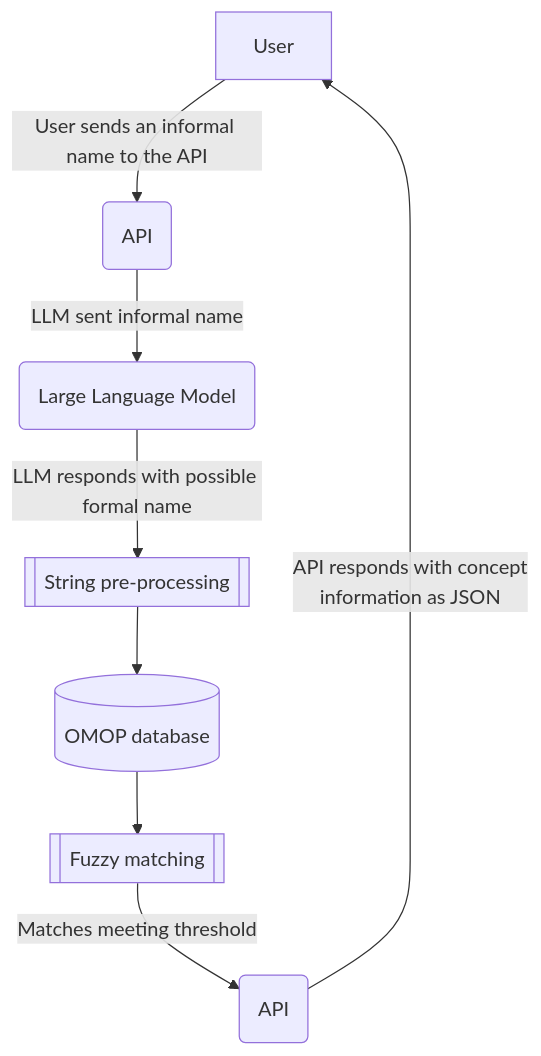
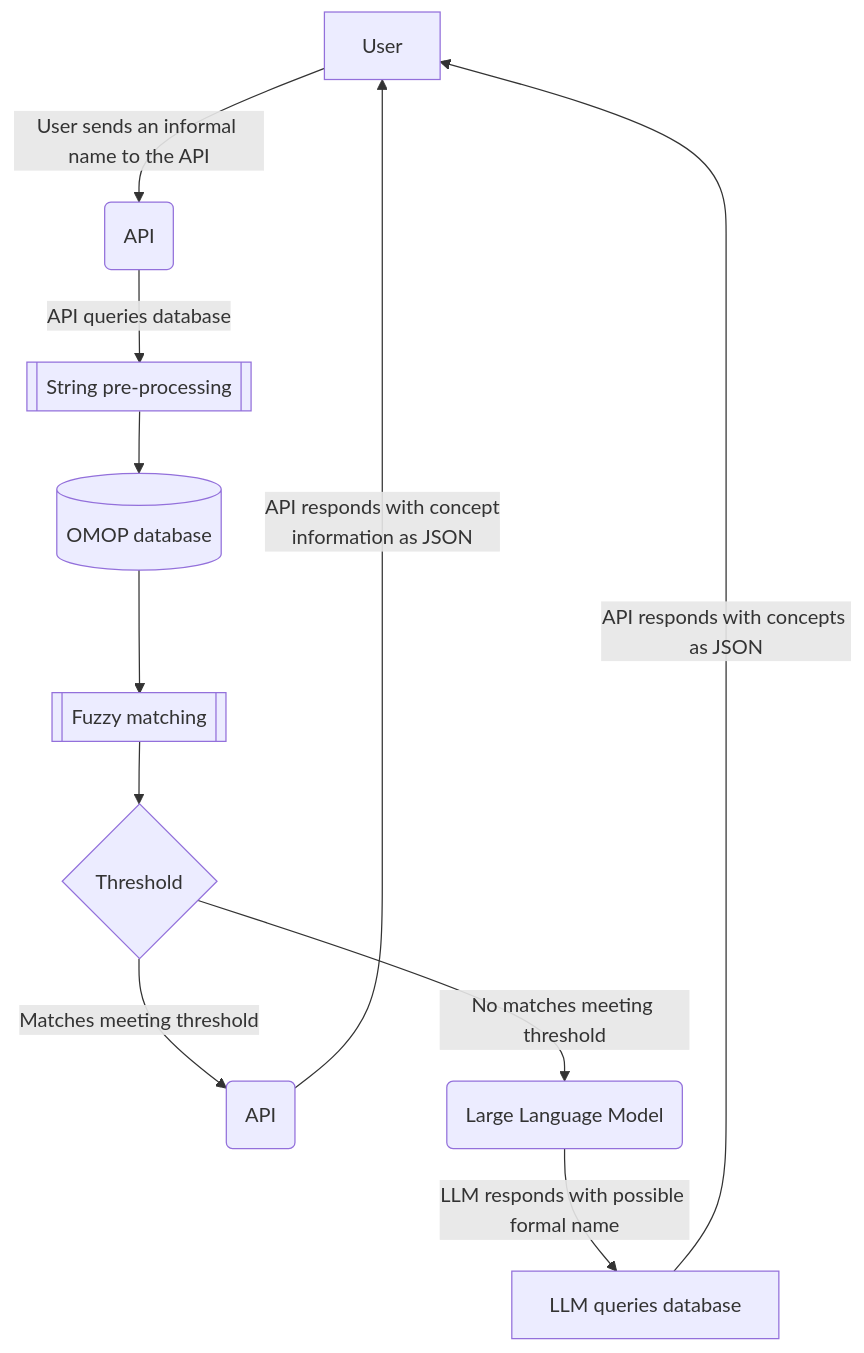
Before and after one commit to Health-Informatics-UoN/lettuce: the diagram in llettuce-docs/index.rst, drawn with Mermaid. The commit also changed other lines of this file and 79 other files, not shown here.

```diff
--- a/llettuce-docs/index.rst
+++ b/llettuce-docs/index.rst
@@ -16,17 +16,22 @@
 .. mermaid::
 
    flowchart TD
     usr[User]
     api_in(API)
     api_out(API)
     llm(Large Language Model)
     strpr[[String pre-processing]]
     omop[(OMOP database)]
     fuzz[[Fuzzy matching]]
+    l_query[LLM queries database]
+    posmatch{Threshold}
     usr -- User sends an informal name to the API --> api_in
     api_out -- API responds with concept\ninformation as JSON --> usr
-    api_in -- LLM sent informal name --> llm
-    llm -- LLM responds with possible formal name --> strpr
+    api_in -- API queries database--> strpr
+    llm -- LLM responds with possible formal name --> l_query
     strpr --> omop
     omop --> fuzz
-    fuzz -- Matches meeting threshold --> api_out
+    fuzz --> posmatch
+    posmatch -- Matches meeting threshold --> api_out
+    posmatch -- No matches meeting threshold --> llm
+    l_query -- API responds with concepts as JSON --> usr
```
